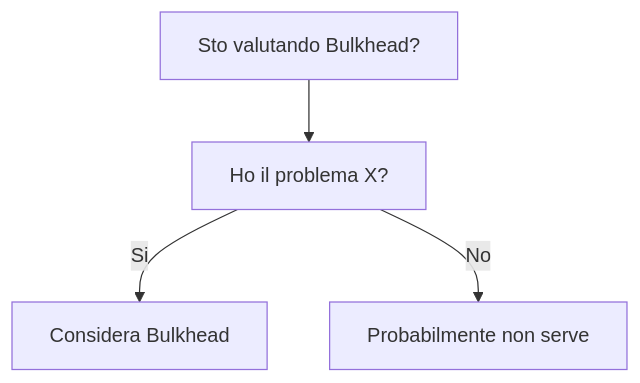
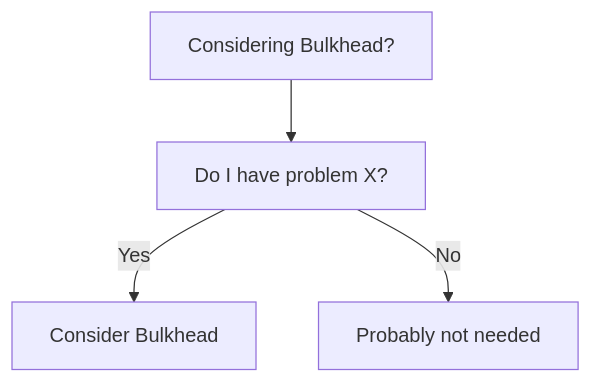
One commit to HxT9/Software-Dev-Wiki changed the diagram in dev-wiki/23_Resilience_Engineering/Bulkhead/When_To_Use.md. Above: the diagram before and after it, drawn with Mermaid. The commit also changed other lines of this file and 3444 other files, not shown here.

````diff
--- a/dev-wiki/23_Resilience_Engineering/Bulkhead/When_To_Use.md
+++ b/dev-wiki/23_Resilience_Engineering/Bulkhead/When_To_Use.md
@@ -19,6 +19,6 @@
 ```mermaid
 flowchart TD
-  Q[Sto valutando Bulkhead?] --> Q1[Ho il problema X?]
-  Q1 -->|Si| OK[Considera Bulkhead]
-  Q1 -->|No| NO[Probabilmente non serve]
+  Q[Considering Bulkhead?] --> Q1[Do I have problem X?]
+  Q1 -->|Yes| OK[Consider Bulkhead]
+  Q1 -->|No| NO[Probably not needed]
 ```
````
